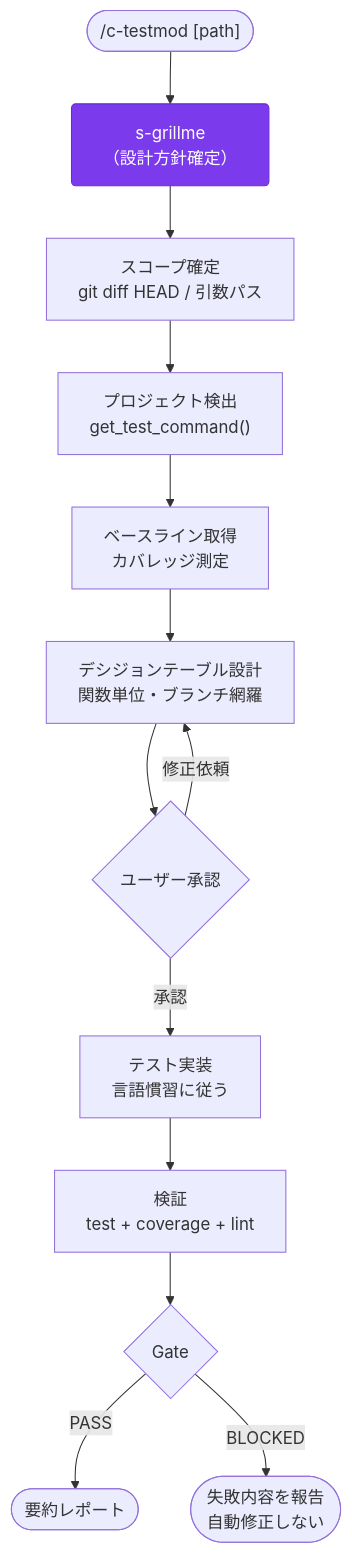
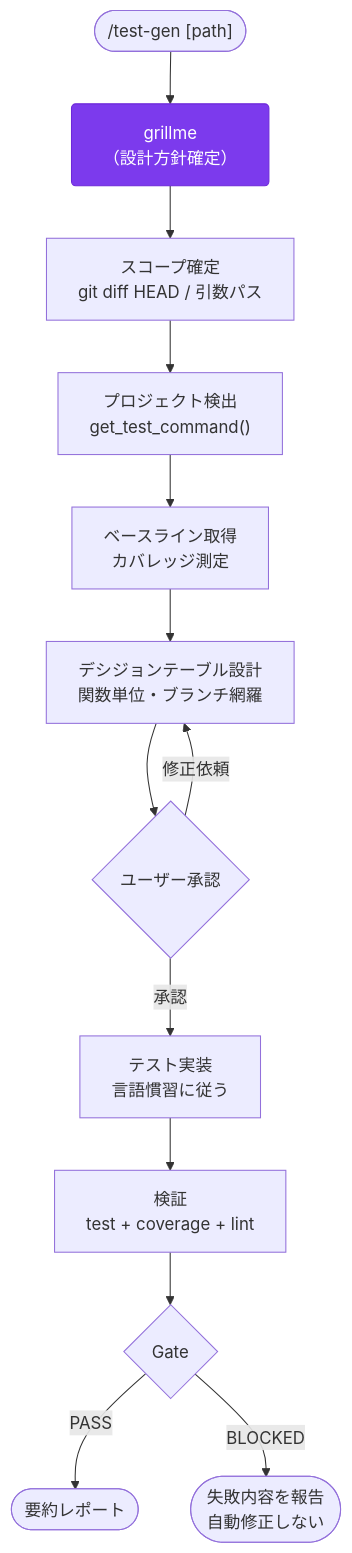
Before and after one commit to aokumablue/claq: diagram 11 of 12 in plugins/deepblue/README.md, drawn with Mermaid. The commit also changed other lines of this file and 125 other files, not shown here.

````diff
--- a/plugins/deepblue/README.md
+++ b/plugins/deepblue/README.md
@@ -276,18 +279,18 @@
 ```mermaid
 flowchart TD
   classDef cmd    fill:#2563eb,stroke:#1e40af,color:#fff,rx:6
   classDef skill  fill:#7c3aed,stroke:#6d28d9,color:#fff,rx:4
 
-  A(["/c-testmod [path]"]) --> B["s-grillme\n（設計方針確定）"]:::skill
+  A(["/test-gen [path]"]) --> B["grillme\n（設計方針確定）"]:::skill
   B --> C["スコープ確定\ngit diff HEAD / 引数パス"]
   C --> D["プロジェクト検出\nget_test_command()"]
   D --> E["ベースライン取得\nカバレッジ測定"]
   E --> F["デシジョンテーブル設計\n関数単位・ブランチ網羅"]
   F --> G{"ユーザー承認"}
   G -- 修正依頼 --> F
   G -- 承認 --> H["テスト実装\n言語慣習に従う"]
   H --> I["検証\ntest + coverage + lint"]
   I --> J{"Gate"}
   J -- PASS --> K(["要約レポート"])
   J -- BLOCKED --> L(["失敗内容を報告\n自動修正しない"])
 ```
````
